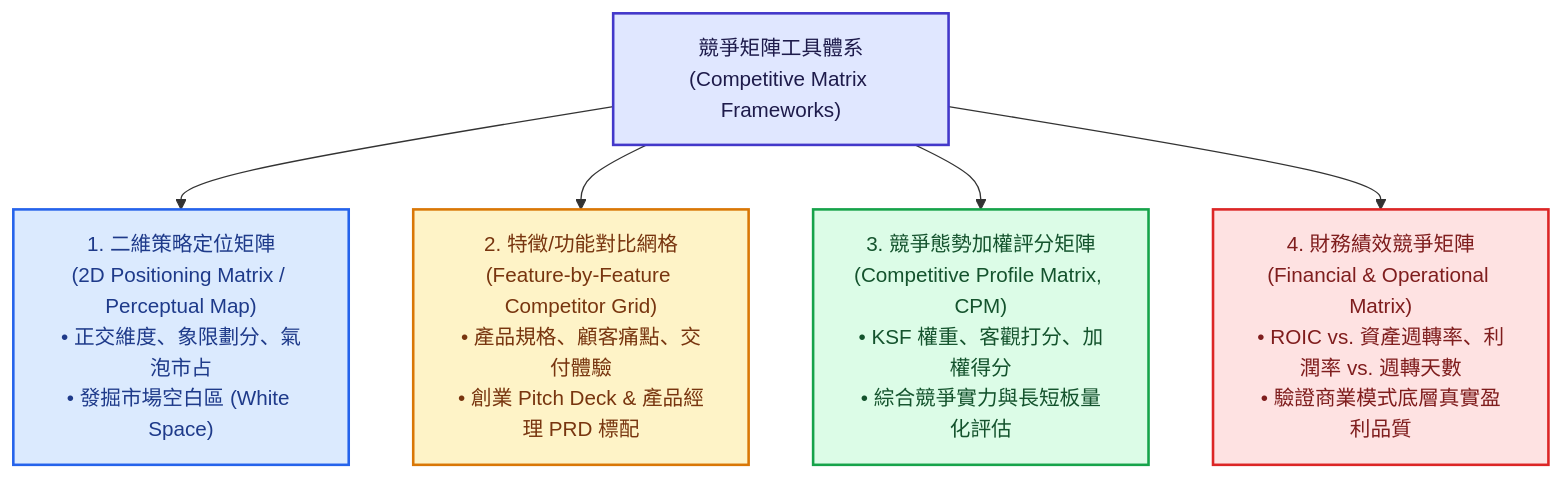
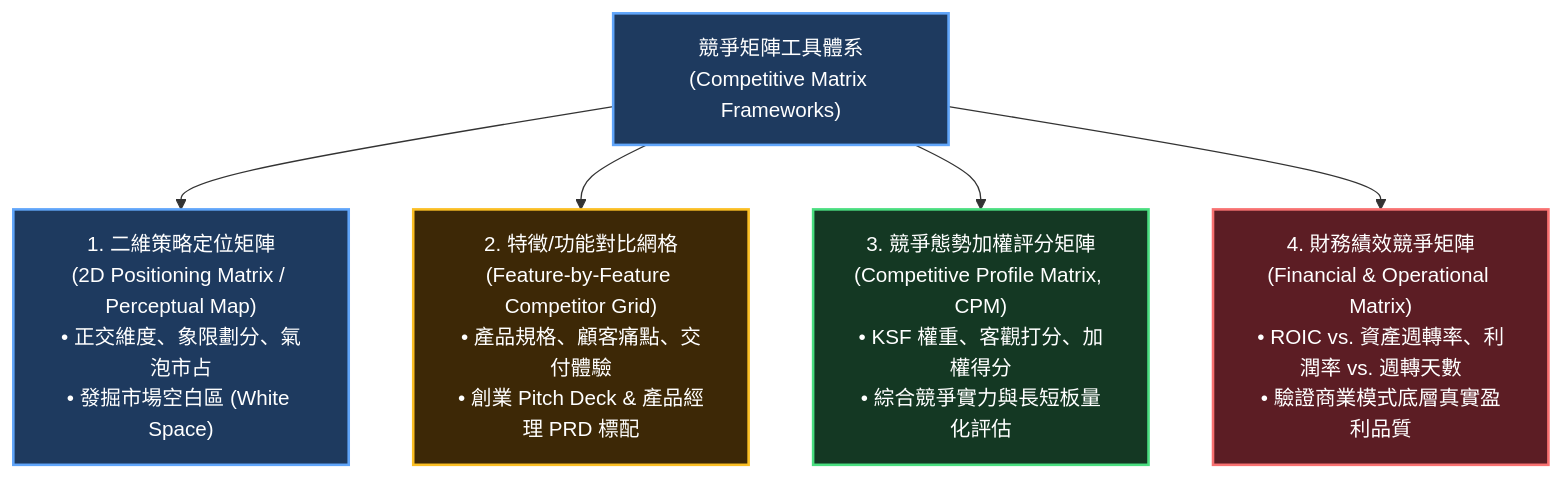
Before and after one commit to Jimlin0428/my-digital-garden: the second of 8 diagrams in src/site/notes/98_商業概念庫/competitive-matrix_競爭矩陣.md, drawn with Mermaid. The commit also changed other lines of this file and 58 other files, not shown here.

````diff
--- a/src/site/notes/98_商業概念庫/competitive-matrix_競爭矩陣.md
+++ b/src/site/notes/98_商業概念庫/competitive-matrix_競爭矩陣.md
@@ -49,20 +49,20 @@
 ```mermaid
 flowchart TD
     CM["競爭矩陣工具體系<br>(Competitive Matrix Frameworks)"]
     
     P1["1. 二維策略定位矩陣<br>(2D Positioning Matrix / Perceptual Map)<br>• 正交維度、象限劃分、氣泡市占<br>• 發掘市場空白區 (White Space)"]
     P2["2. 特徵/功能對比網格<br>(Feature-by-Feature Competitor Grid)<br>• 產品規格、顧客痛點、交付體驗<br>• 創業 Pitch Deck & 產品經理 PRD 標配"]
     P3["3. 競爭態勢加權評分矩陣<br>(Competitive Profile Matrix, CPM)<br>• KSF 權重、客觀打分、加權得分<br>• 綜合競爭實力與長短板量化評估"]
     P4["4. 財務績效競爭矩陣<br>(Financial & Operational Matrix)<br>• ROIC vs. 資產週轉率、利潤率 vs. 週轉天數<br>• 驗證商業模式底層真實盈利品質"]
 
     CM --> P1
     CM --> P2
     CM --> P3
     CM --> P4
 
-    style CM fill:#e0e7ff,stroke:#4338ca,stroke-width:2px,color:#1e1b4b
-    style P1 fill:#dbeafe,stroke:#2563eb,stroke-width:2px,color:#1e3a8a
-    style P2 fill:#fef3c7,stroke:#d97706,stroke-width:2px,color:#78350f
-    style P3 fill:#dcfce7,stroke:#16a34a,stroke-width:2px,color:#14532d
-    style P4 fill:#fee2e2,stroke:#dc2626,stroke-width:2px,color:#7f1d1d
+    style CM fill:#1e3a5f,stroke:#60a5fa,stroke-width:2px,color:#ffffff
+    style P1 fill:#1e3a5f,stroke:#60a5fa,stroke-width:2px,color:#ffffff
+    style P2 fill:#3d2806,stroke:#fbbf24,stroke-width:2px,color:#ffffff
+    style P3 fill:#143823,stroke:#4ade80,stroke-width:2px,color:#ffffff
+    style P4 fill:#5c1d24,stroke:#f87171,stroke-width:2px,color:#ffffff
 ```
````
